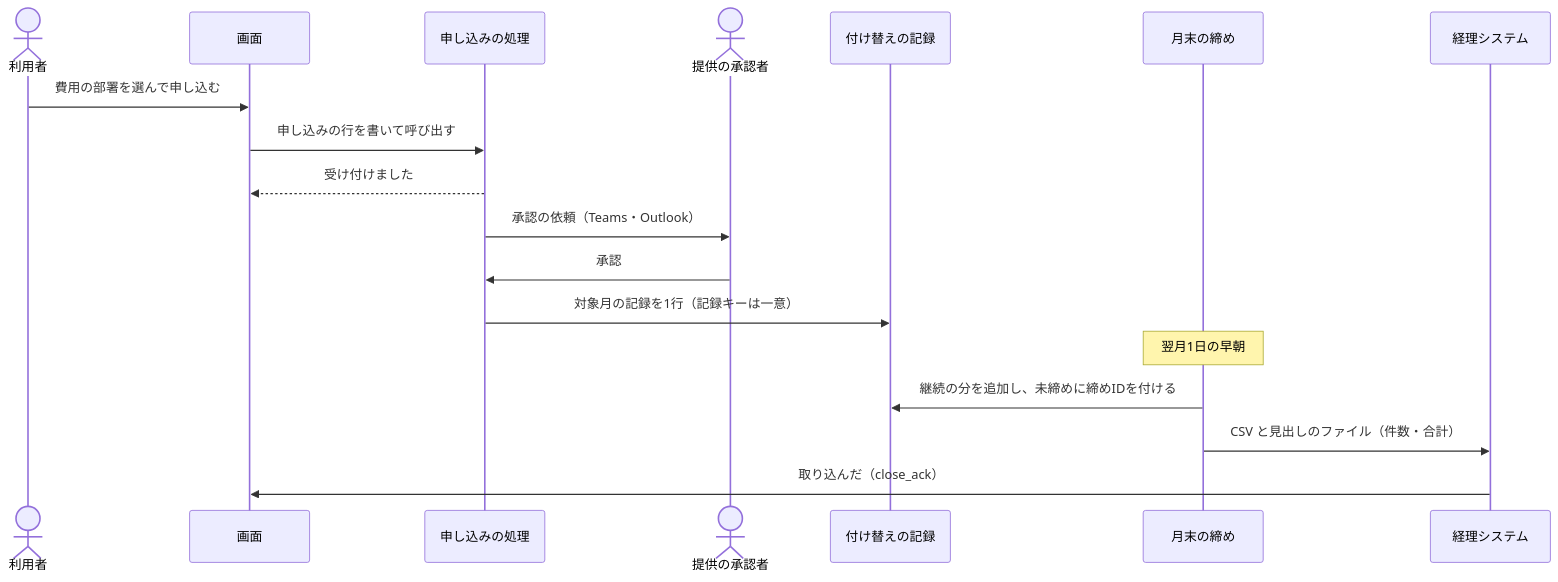
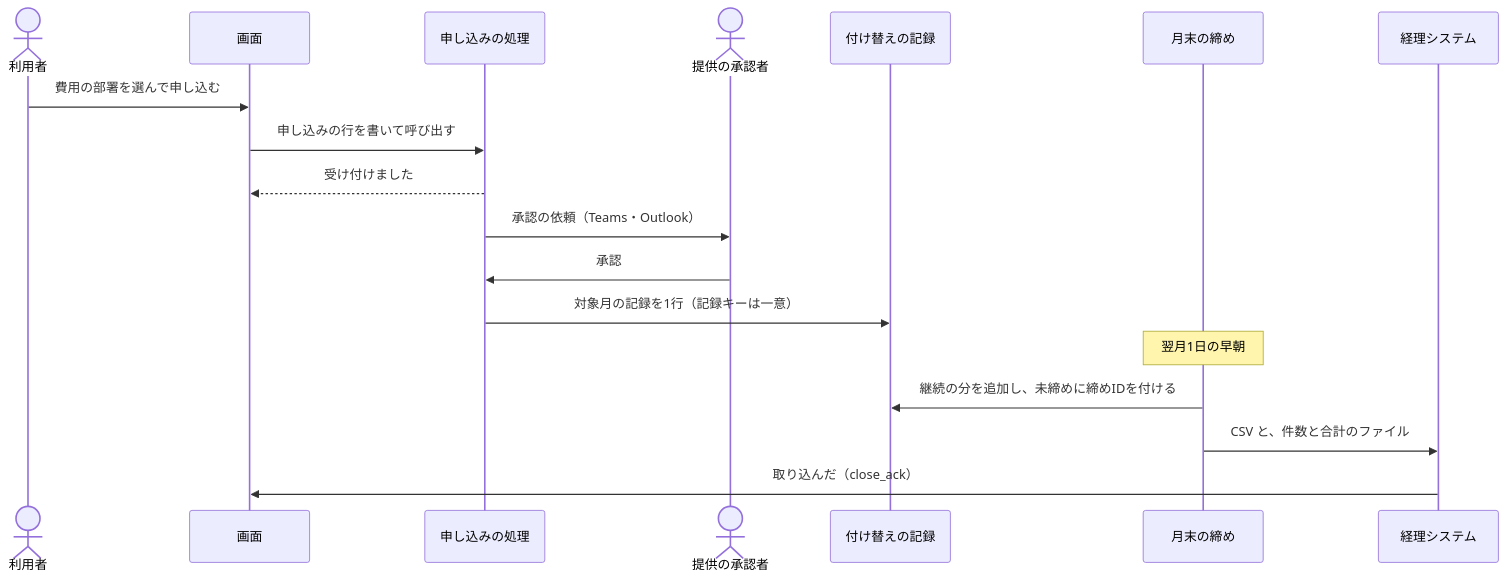
One commit to feseisen/commons-store changed the second of 2 diagrams in docs/backend/architecture.md. Above: the diagram before and after it, drawn with Mermaid. The commit also changed other lines of this file and 33 other files, not shown here.

````diff
--- a/docs/backend/architecture.md
+++ b/docs/backend/architecture.md
@@ -328,20 +328,20 @@
 ```mermaid
 sequenceDiagram
   actor U as 利用者
   participant A as 画面
   participant F as 申し込みの処理
   actor P as 提供の承認者
   participant C as 付け替えの記録
   participant M as 月末の締め
   participant X as 経理システム
   U->>A: 費用の部署を選んで申し込む
   A->>F: 申し込みの行を書いて呼び出す
   F-->>A: 受け付けました
   F->>P: 承認の依頼（Teams・Outlook）
   P->>F: 承認
   F->>C: 対象月の記録を1行（記録キーは一意）
   Note over M: 翌月1日の早朝
   M->>C: 継続の分を追加し、未締めに締めIDを付ける
-  M->>X: CSV と見出しのファイル（件数・合計）
+  M->>X: CSV と、件数と合計のファイル
   X->>A: 取り込んだ（close_ack）
 ```
````
